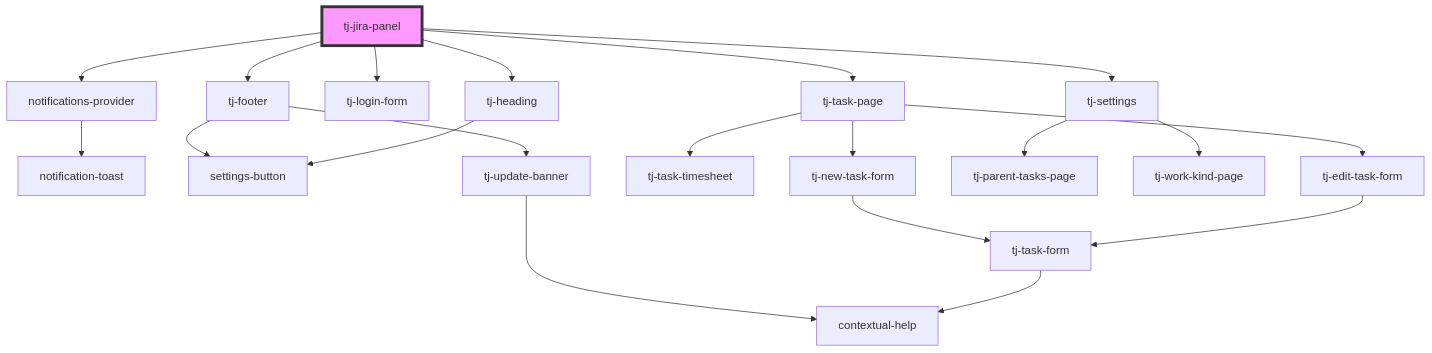
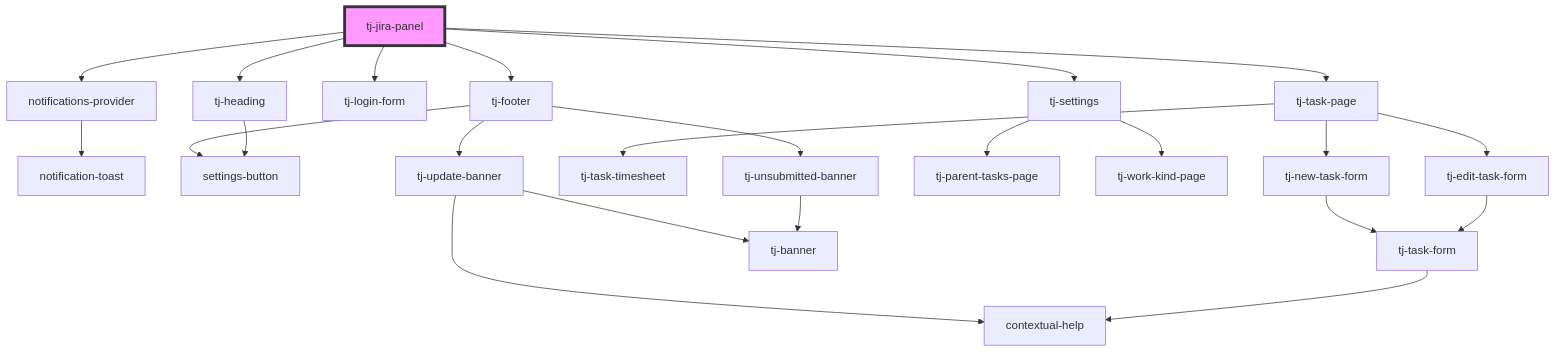
Before and after one commit to davids-ensemble/tj-jira-panel: the diagram in src/components/tj-jira-panel/readme.md, drawn with Mermaid. The commit also changed 23 other files, not shown here.

First line of the commit message:
feat: ✨ unsubmitted timesheet banner (#36)

````diff
--- a/src/components/tj-jira-panel/readme.md
+++ b/src/components/tj-jira-panel/readme.md
@@ -31,23 +31,26 @@
 ```mermaid
 graph TD;
   tj-jira-panel --> notifications-provider
   tj-jira-panel --> tj-heading
   tj-jira-panel --> tj-login-form
   tj-jira-panel --> tj-task-page
   tj-jira-panel --> tj-settings
   tj-jira-panel --> tj-footer
   notifications-provider --> notification-toast
   tj-heading --> settings-button
   tj-task-page --> tj-edit-task-form
   tj-task-page --> tj-task-timesheet
   tj-task-page --> tj-new-task-form
   tj-edit-task-form --> tj-task-form
   tj-task-form --> contextual-help
   tj-new-task-form --> tj-task-form
   tj-settings --> tj-parent-tasks-page
   tj-settings --> tj-work-kind-page
   tj-footer --> settings-button
+  tj-footer --> tj-unsubmitted-banner
   tj-footer --> tj-update-banner
+  tj-unsubmitted-banner --> tj-banner
+  tj-update-banner --> tj-banner
   tj-update-banner --> contextual-help
   style tj-jira-panel fill:#f9f,stroke:#333,stroke-width:4px
 ```
````
